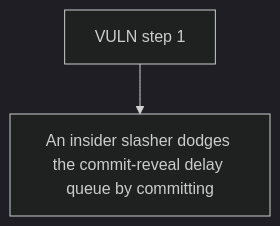
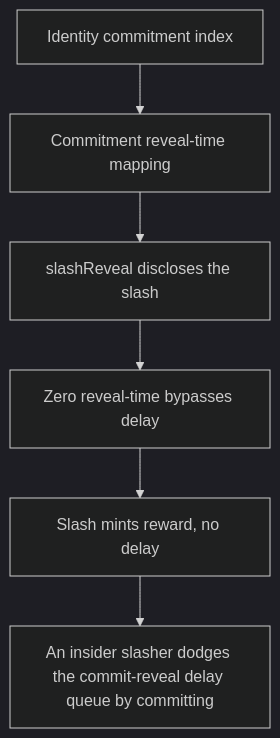
The diagram in 65326-anyone-can-dodge-reveal-delays-by-providing-unrelated-accoun_exp/65326-anyone-can-dodge-reveal-delays-by-providing-unrelated-accoun_exp.md (sanbir/evm-hack-registry), drawn with Mermaid (dark theme) before and after one commit. The commit also changed other lines of this file and 79 other files, not shown here.

````diff
--- a/65326-anyone-can-dodge-reveal-delays-by-providing-unrelated-accoun_exp/65326-anyone-can-dodge-reveal-delays-by-providing-unrelated-accoun_exp.md
+++ b/65326-anyone-can-dodge-reveal-delays-by-providing-unrelated-accoun_exp/65326-anyone-can-dodge-reveal-delays-by-providing-unrelated-accoun_exp.md
@@ -28,6 +28,14 @@
 ```mermaid
 flowchart TD
-  S0["VULN step 1"]
+  S0["Identity commitment index"]
+  S1["Commitment reveal-time mapping"]
+  S2["slashReveal discloses the slash"]
+  S3["Zero reveal-time bypasses delay"]
+  S4["Slash mints reward, no delay"]
   H["An insider slasher dodges the commit-reveal delay queue by committing "]
-  S0 --> H
+  S0 --> S1
+  S1 --> S2
+  S2 --> S3
+  S3 --> S4
+  S4 --> H
 ```
````
